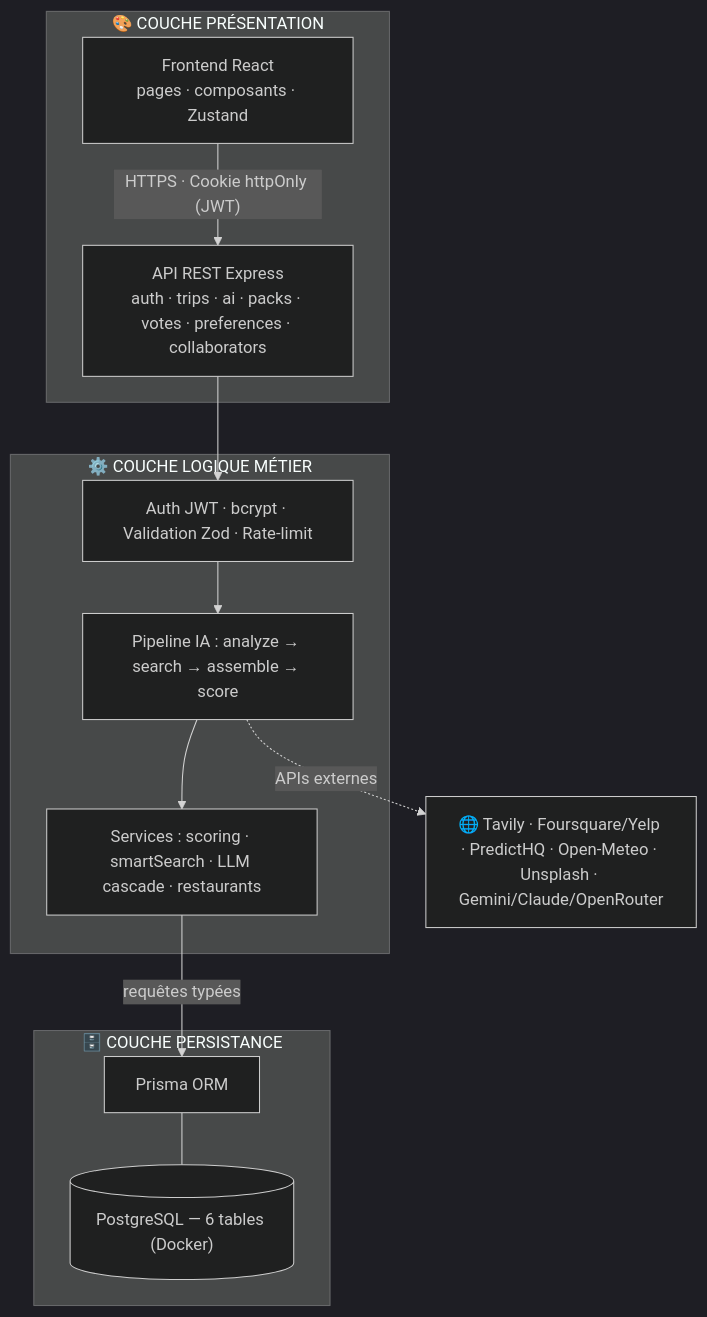
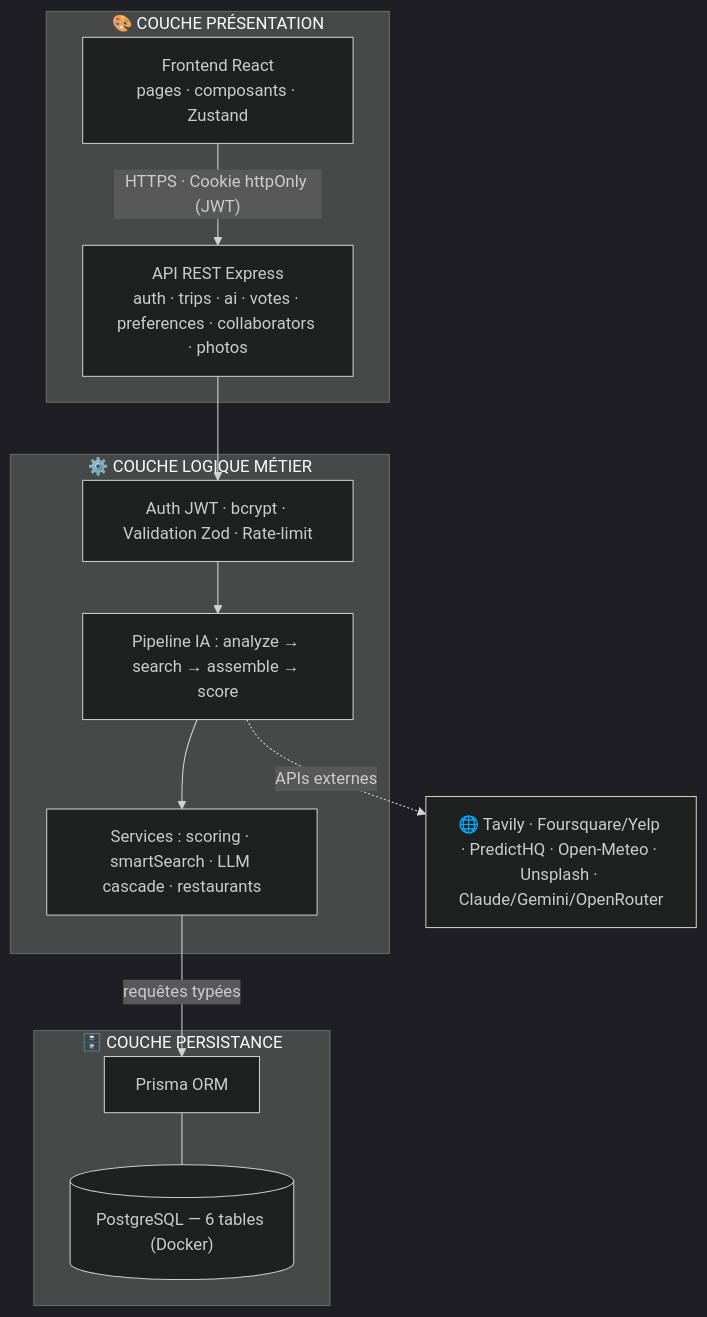
Before and after one commit to loties1533/tripgenie-app: the first of 4 diagrams in README.md, drawn with Mermaid (dark theme). The commit also changed other lines of this file and 12 other files, not shown here.

Commit message:
docs: aligner README + diagrammes sur le code de main

````diff
--- a/README.md
+++ b/README.md
@@ -78,21 +78,21 @@
 ```mermaid
 flowchart TB
     subgraph PRES["🎨 COUCHE PRÉSENTATION"]
         UI["Frontend React<br/>pages · composants · Zustand"]
-        REST["API REST Express<br/>auth · trips · ai · packs · votes · preferences · collaborators"]
+        REST["API REST Express<br/>auth · trips · ai · votes · preferences · collaborators · photos"]
     end
     subgraph LOGIC["⚙️ COUCHE LOGIQUE MÉTIER"]
         Sec["Auth JWT · bcrypt · Validation Zod · Rate-limit"]
         Pipe["Pipeline IA : analyze → search → assemble → score"]
         Svc["Services : scoring · smartSearch · LLM cascade · restaurants"]
     end
     subgraph PERS["🗄️ COUCHE PERSISTANCE"]
         ORM["Prisma ORM"]
         DB[("PostgreSQL — 6 tables (Docker)")]
     end
     UI -->|"HTTPS · Cookie httpOnly (JWT)"| REST
     REST --> Sec --> Pipe --> Svc
     Svc -->|"requêtes typées"| ORM
     ORM --- DB
-    Pipe -.->|"APIs externes"| EXT["🌐 Tavily · Foursquare/Yelp · PredictHQ · Open-Meteo · Unsplash · Gemini/Claude/OpenRouter"]
+    Pipe -.->|"APIs externes"| EXT["🌐 Tavily · Foursquare/Yelp · PredictHQ · Open-Meteo · Unsplash · Claude/Gemini/OpenRouter"]
 ```
````
